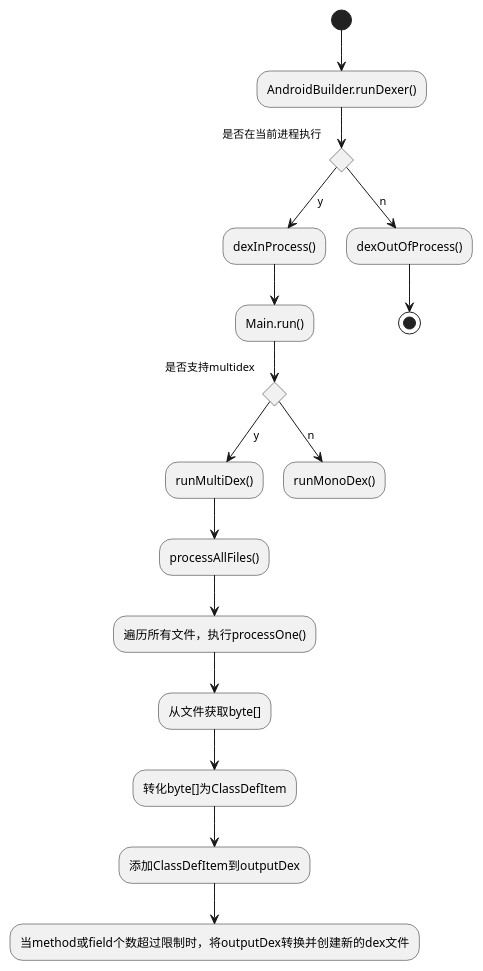
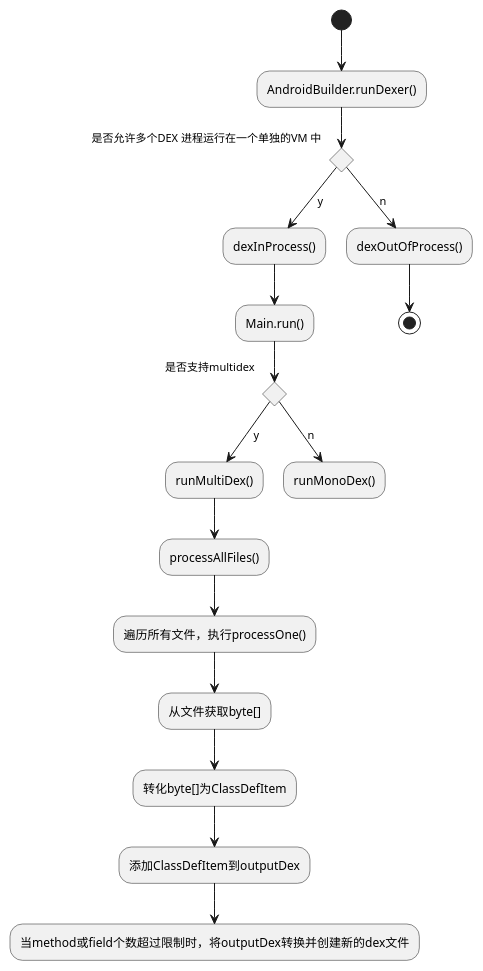
One commit to xueweiyang/plugindemo changed the diagram in doc/test.puml. Above: the diagram before and after it, drawn with PlantUML. The commit also changed 23 other files, not shown here.

```diff
--- a/doc/test.puml
+++ b/doc/test.puml
@@ -1,21 +1,21 @@
 @startuml
 (*)  --> "AndroidBuilder.runDexer()"
-if "是否在当前进程执行" then
+if "是否允许多个DEX 进程运行在一个单独的VM 中" then
 --> [y] "dexInProcess()"
 --> "Main.run()"
 if "是否支持multidex" then
 --> [y] "runMultiDex()"
 --> "processAllFiles()"
 --> "遍历所有文件，执行processOne()"
 --> "从文件获取byte[]"
 --> "转化byte[]为ClassDefItem"
 --> "添加ClassDefItem到outputDex"
 --> "当method或field个数超过限制时，将outputDex转换并创建新的dex文件"
 else
 -->[n] "runMonoDex()"
 endif
 else
 -->[n] "dexOutOfProcess()"
 endif
 -->(*)
 @enduml
```
